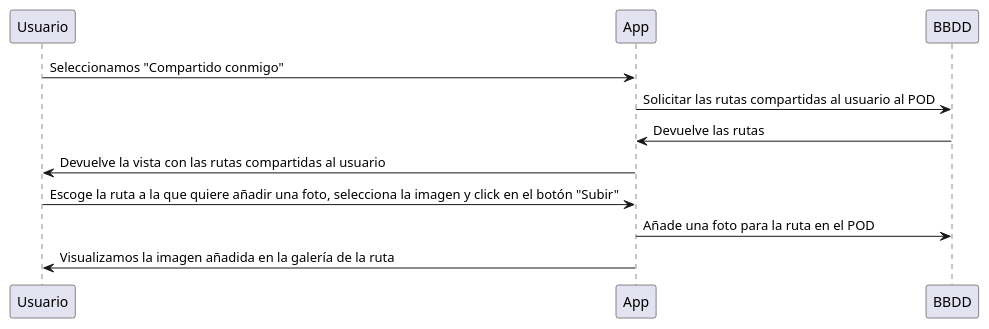
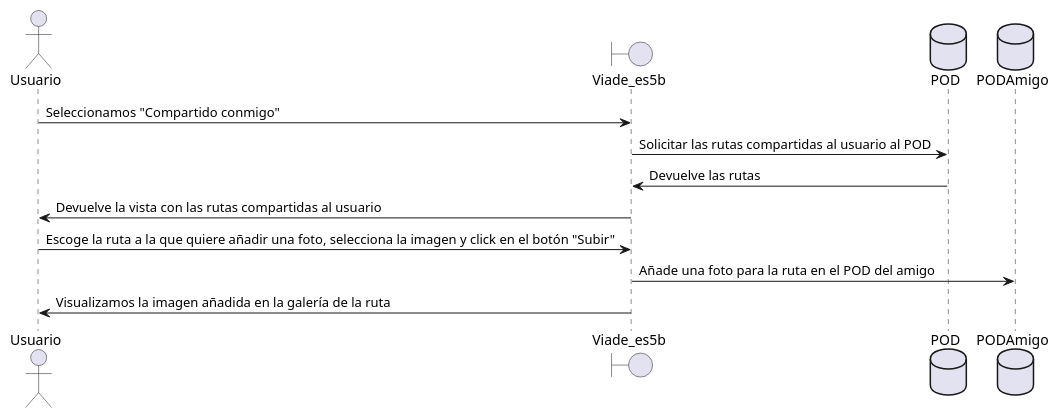
One commit to Arquisoft/viade_es5b changed diagram 14 of 16 in src/docs/06_runtime_view.adoc. Above: the diagram before and after it, drawn with PlantUML. The commit also changed other lines of this file, not shown here.

Commit message:
Cambios a partir del escenario 1

```diff
--- a/src/docs/06_runtime_view.adoc
+++ b/src/docs/06_runtime_view.adoc
@@ -316,10 +358,14 @@
 [plantuml,"DiagramaSubirImagenRutaCompartida",png]
 ----
-Usuario -> App: Seleccionamos "Compartido conmigo"
-App -> BBDD : Solicitar las rutas compartidas al usuario al POD
-BBDD -> App: Devuelve las rutas
-App -> Usuario: Devuelve la vista con las rutas compartidas al usuario
-Usuario -> App: Escoge la ruta a la que quiere añadir una foto, selecciona la imagen y click en el botón "Subir"
-App -> BBDD: Añade una foto para la ruta en el POD
-App -> Usuario: Visualizamos la imagen añadida en la galería de la ruta
+actor Usuario
+boundary Viade_es5b
+database POD
+database PODAmigo
+Usuario -> Viade_es5b: Seleccionamos "Compartido conmigo"
+Viade_es5b -> POD : Solicitar las rutas compartidas al usuario al POD
+POD -> Viade_es5b: Devuelve las rutas
+Viade_es5b -> Usuario: Devuelve la vista con las rutas compartidas al usuario
+Usuario -> Viade_es5b: Escoge la ruta a la que quiere añadir una foto, selecciona la imagen y click en el botón "Subir"
+Viade_es5b -> PODAmigo: Añade una foto para la ruta en el POD del amigo
+Viade_es5b -> Usuario: Visualizamos la imagen añadida en la galería de la ruta
 ----
```
